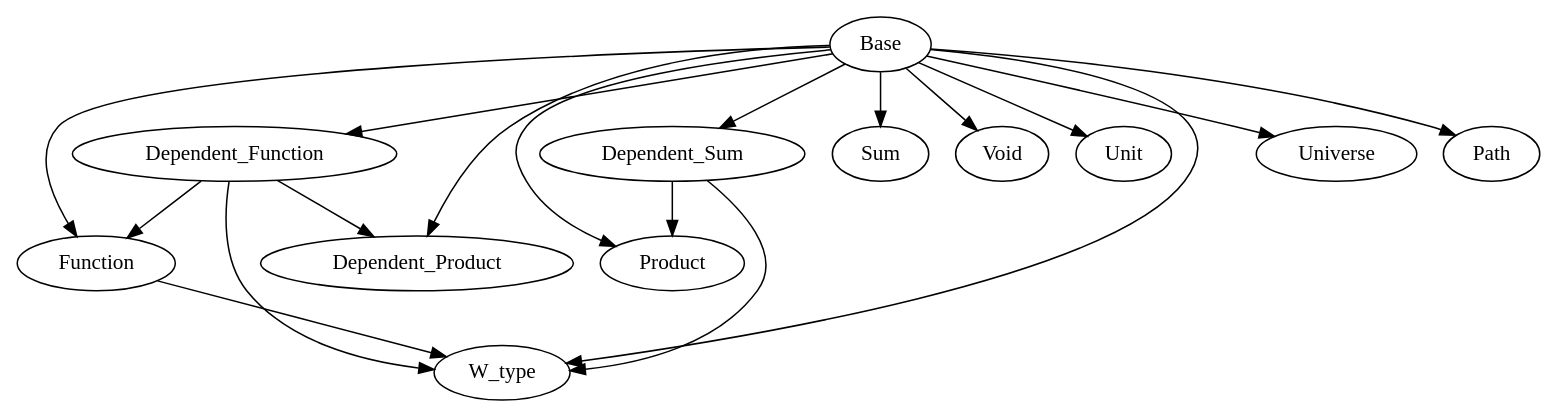
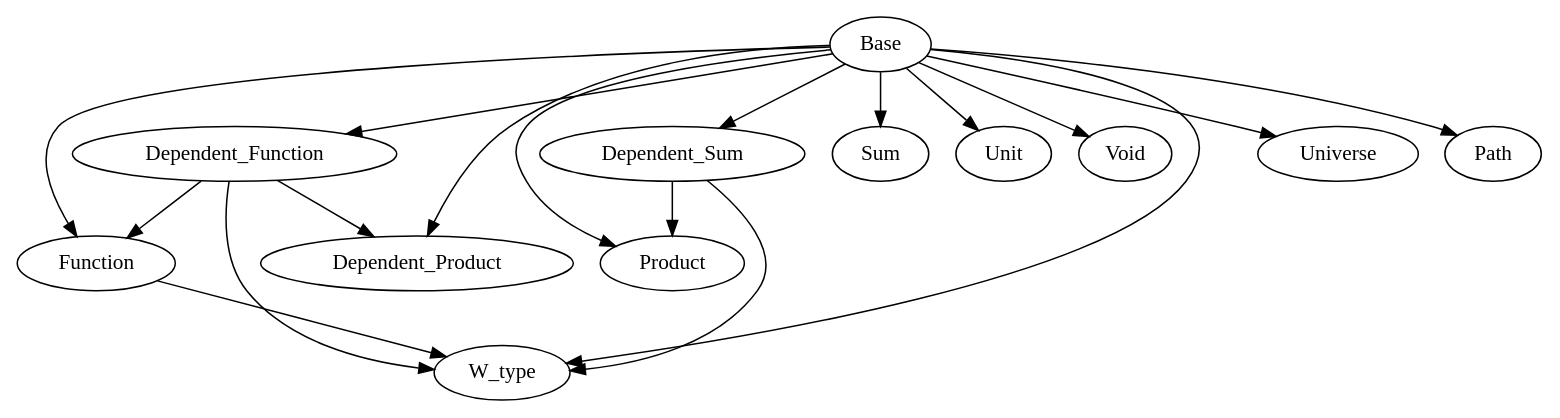
One commit to Hexirp/googology-in-coq changed the diagram in libraries/dependencies.gv. Above: the diagram before and after it, drawn with Graphviz. The commit also changed other lines of this file and 1 other file, not shown here.

```diff
--- a/libraries/dependencies.gv
+++ b/libraries/dependencies.gv
@@ -1,31 +1,31 @@
 digraph Dependencies {
   # Base
   # Dependent_Function
   "Base" -> "Dependent_Function";
   # Function
   "Base" -> "Function";
   "Dependent_Function" -> "Function";
   # Dependent_Product
   "Base" -> "Dependent_Product";
   "Dependent_Function" -> "Dependent_Product";
   # Dependent_Sum
   "Base" -> "Dependent_Sum";
   # Product
   "Base" -> "Product";
   "Dependent_Sum" -> "Product";
   # Sum
   "Base" -> "Sum";
+  # Unit
+  "Base" -> "Unit";
   # Void
   "Base" -> "Void";
-  # Unit
-  "Base" -> "Unit";
   # W_type
   "Base" -> "W_type";
   "Dependent_Function" -> "W_type";
   "Function" -> "W_type";
   "Dependent_Sum" -> "W_type";
   # Universe
   "Base" -> "Universe";
   # Path
   "Base" -> "Path";
 }
```
